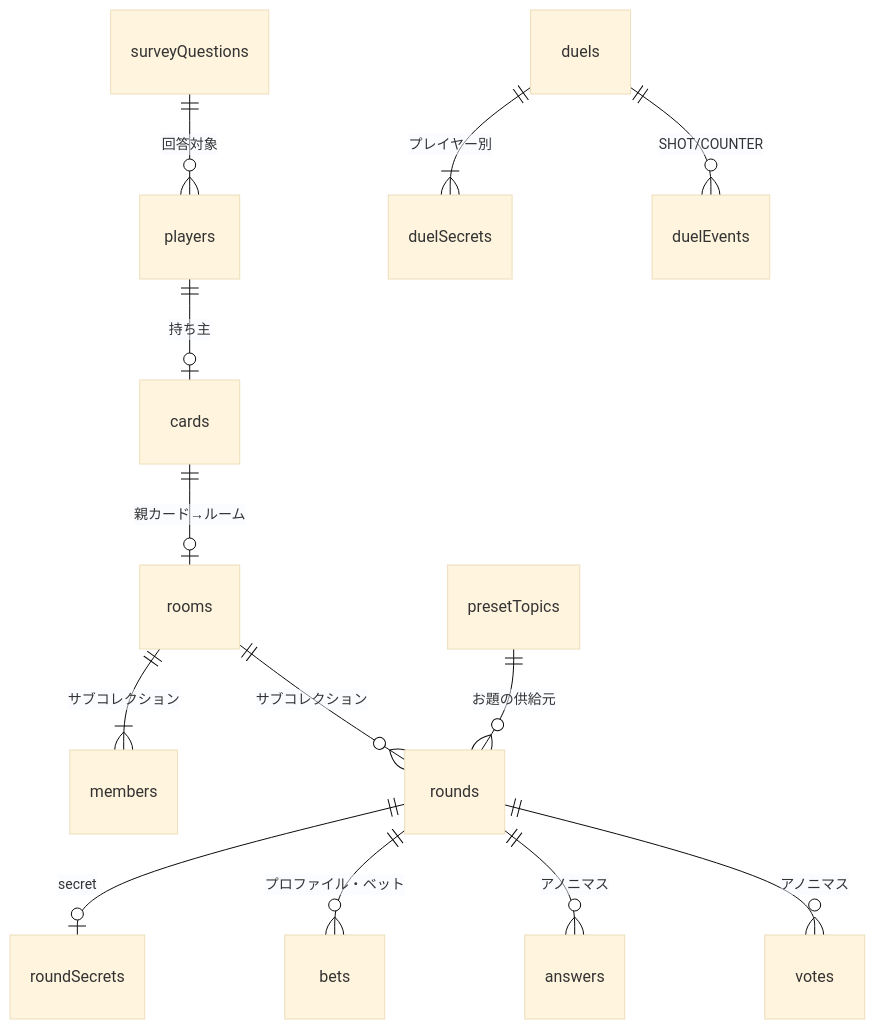
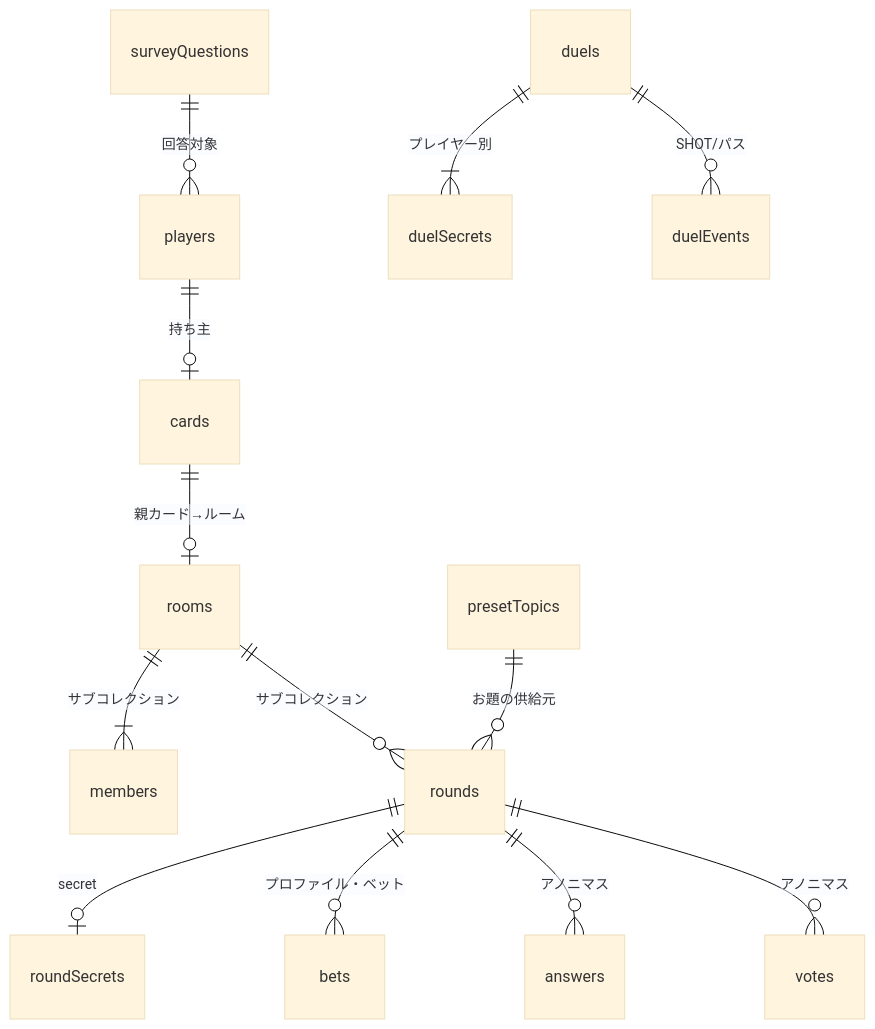
One commit to tshk10416-hub/honne changed the fifth of 5 diagrams in docs/step1-design.md. Above: the diagram before and after it, drawn with Mermaid (base theme). The commit also changed other lines of this file and 4 other files, not shown here.

````diff
--- a/docs/step1-design.md
+++ b/docs/step1-design.md
@@ -155,15 +154,15 @@
 ```mermaid
 erDiagram
     players ||--o| cards : "持ち主"
     cards ||--o| rooms : "親カード→ルーム"
     rooms ||--|{ members : "サブコレクション"
     rooms ||--o{ rounds : "サブコレクション"
     rounds ||--o| roundSecrets : "secret"
     rounds ||--o{ bets : "プロファイル・ベット"
     rounds ||--o{ answers : "アノニマス"
     rounds ||--o{ votes : "アノニマス"
     duels ||--|{ duelSecrets : "プレイヤー別"
-    duels ||--o{ duelEvents : "SHOT/COUNTER"
+    duels ||--o{ duelEvents : "SHOT/パス"
     surveyQuestions ||--o{ players : "回答対象"
     presetTopics ||--o{ rounds : "お題の供給元"
 ```
````
